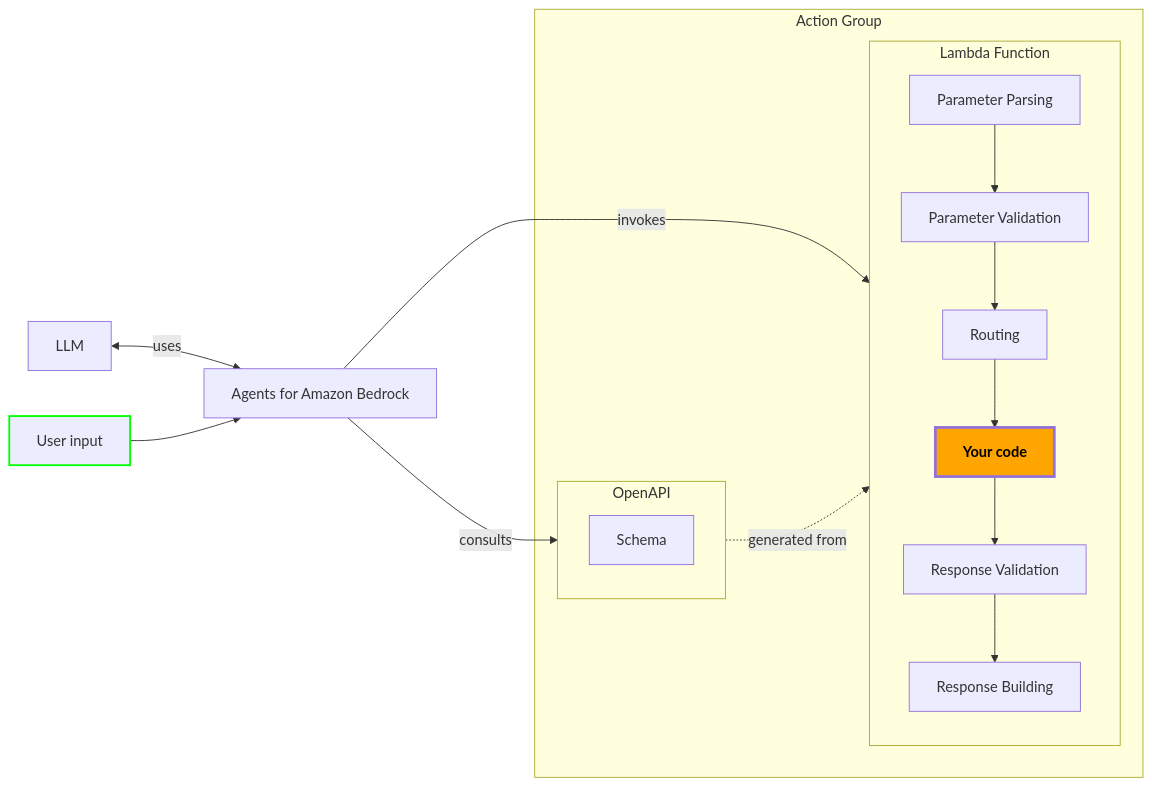
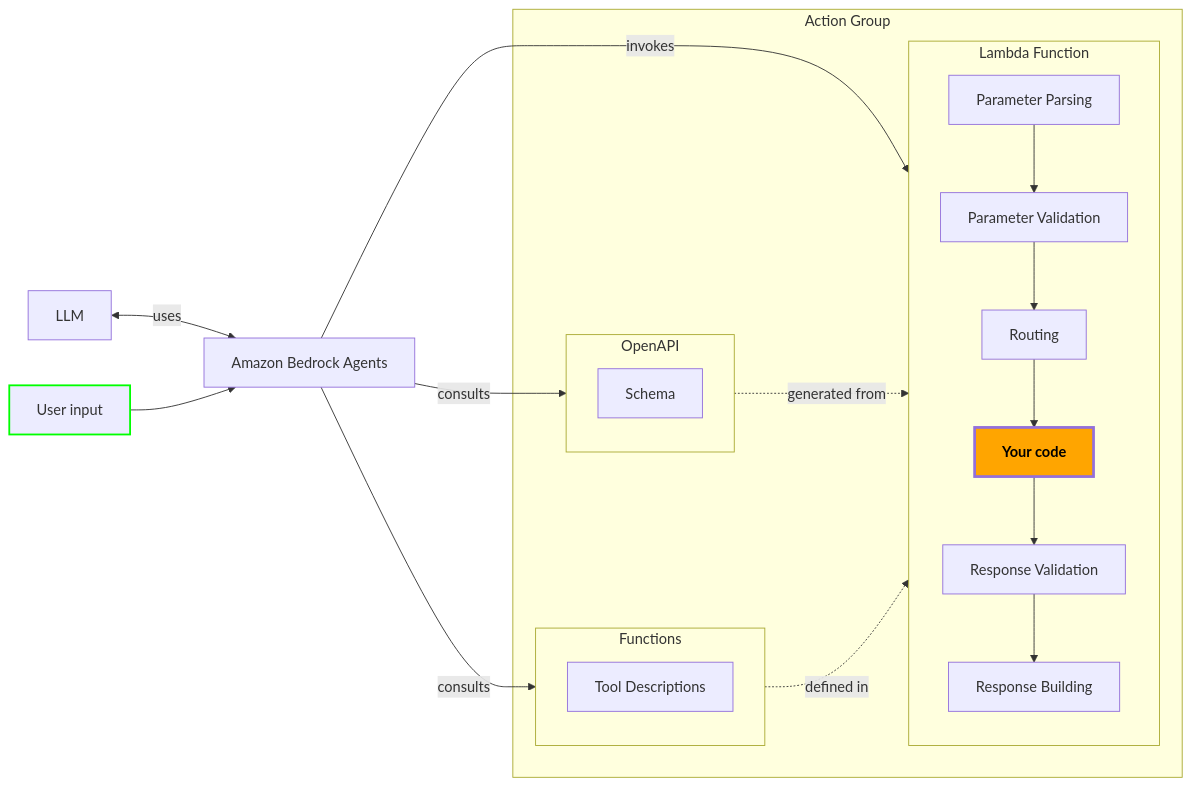
Before and after one commit to aws-powertools/powertools-lambda-python: the diagram in docs/core/event_handler/bedrock_agents.mermaid, drawn with Mermaid. The commit also changed other lines of this file and 15 other files, not shown here.

```diff
--- a/docs/core/event_handler/bedrock_agents.mermaid
+++ b/docs/core/event_handler/bedrock_agents.mermaid
@@ -1,25 +1,31 @@
 flowchart LR
     Bedrock[LLM] <-- uses --> Agent
     You[User input] --> Agent
     Agent -- consults --> OpenAPI
-    Agent[Agents for Amazon Bedrock] -- invokes --> Lambda
+    Agent -- consults --> Functions
+    Agent[Amazon Bedrock Agents] -- invokes --> Lambda
 
     subgraph OpenAPI
         Schema
+    end
+
+    subgraph Functions
+        ToolDescriptions[Tool Descriptions]
     end
 
     subgraph Lambda[Lambda Function]
         direction TB
         Parsing[Parameter Parsing] --> Validation
         Validation[Parameter Validation] --> Routing
         Routing --> Code[Your code]
         Code --> ResponseValidation[Response Validation]
         ResponseValidation --> ResponseBuilding[Response Building]
     end
 
     subgraph ActionGroup[Action Group]
         OpenAPI -. generated from .-> Lambda
+        Functions -. defined in .-> Lambda
     end
 
     style Code fill:#ffa500,color:black,font-weight:bold,stroke-width:3px
     style You stroke:#0F0,stroke-width:2px
```
